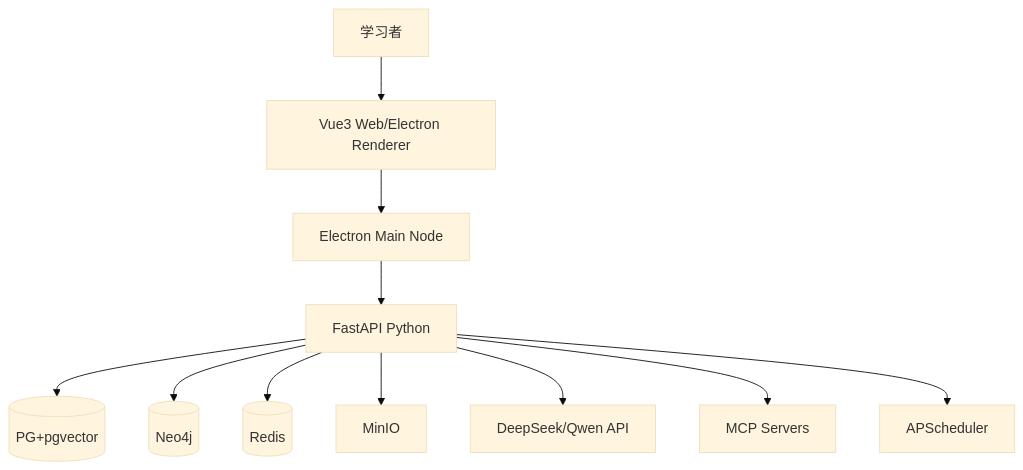
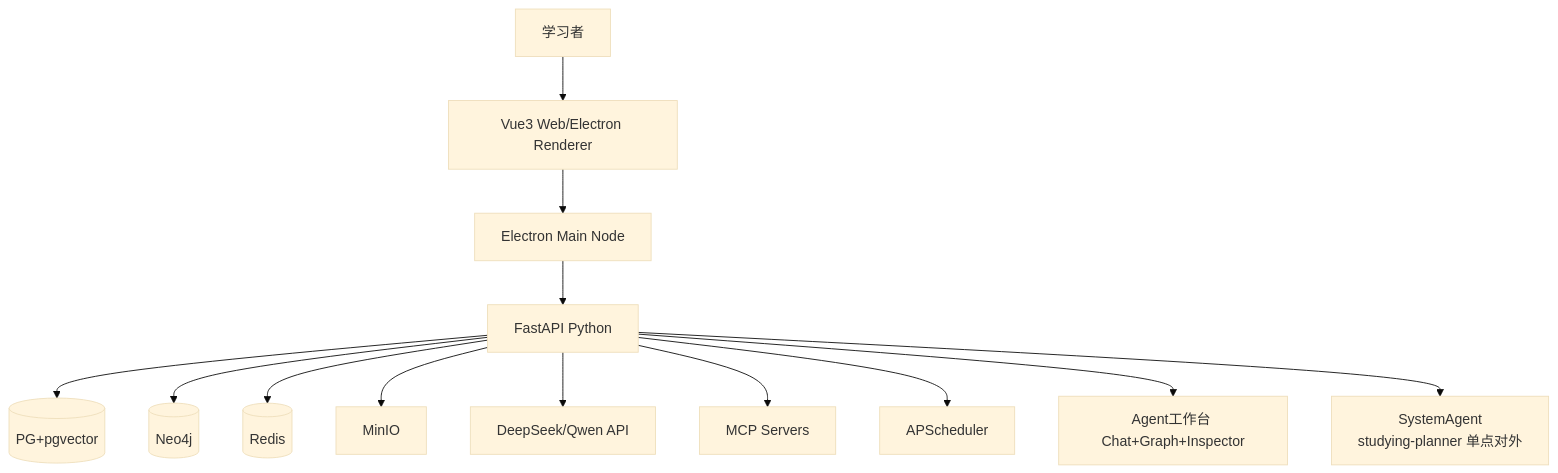
One commit to b8nw27v7wp-bit/paper-project changed the first of 3 diagrams in 02-需求与设计/02-系统架构设计.md. Above: the diagram before and after it, drawn with Mermaid (base theme). The commit also changed other lines of this file and 146 other files, not shown here.

First line of the commit message:
feat(agent): SystemAgent 单点 + 双轨工作台 + CLI studying

````diff
--- a/02-需求与设计/02-系统架构设计.md
+++ b/02-需求与设计/02-系统架构设计.md
@@ -21,13 +24,16 @@
 ```mermaid
 graph TB
   U[学习者] --> V[Vue3 Web/Electron Renderer]
   V --> E[Electron Main Node]
   E --> F[FastAPI Python]
   F --> PG[(PG+pgvector)]
   F --> N[(Neo4j)]
   F --> R[(Redis)]
   F --> M[MinIO]
   F --> LLM[DeepSeek/Qwen API]
   F --> MCP[MCP Servers]
   F --> S[APScheduler]
+  F --> WB[Agent工作台 Chat+Graph+Inspector]
+  F --> SA[SystemAgent<br/>studying-planner 单点对外]
+  %% F 即 SystemAgent：FastAPI 即 SystemAgent 单点，对外 Agent 契约 studying-planner
 ```
````
